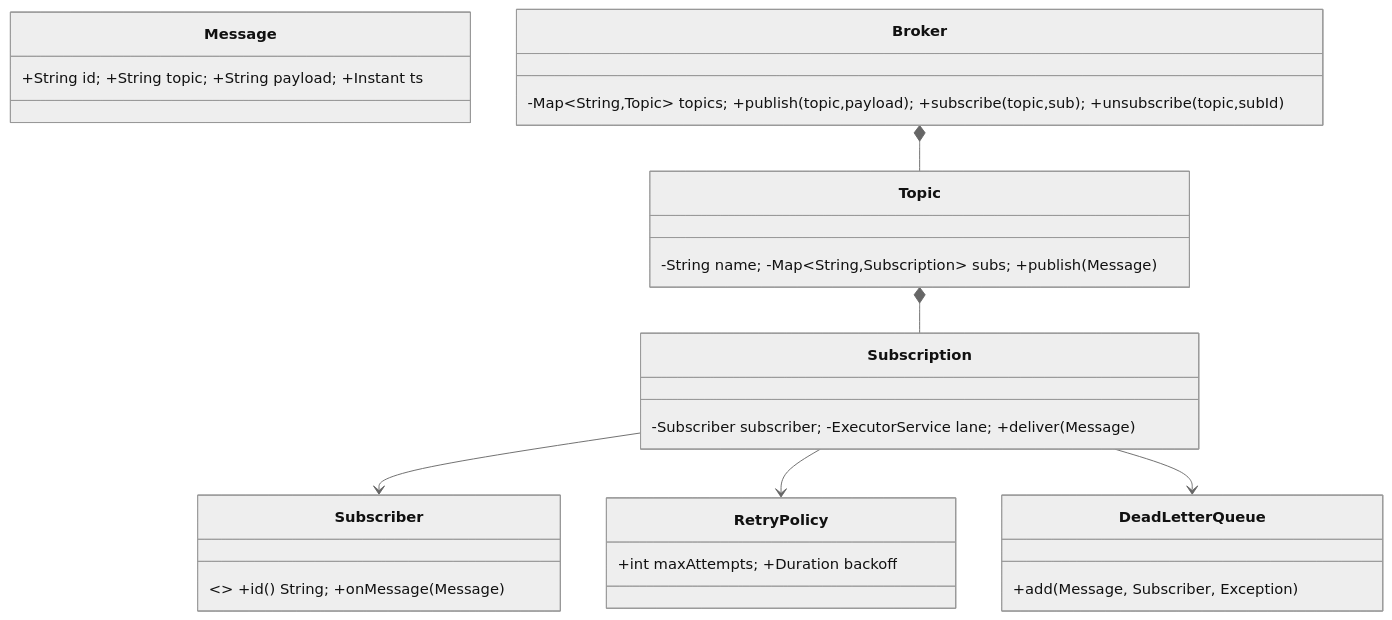
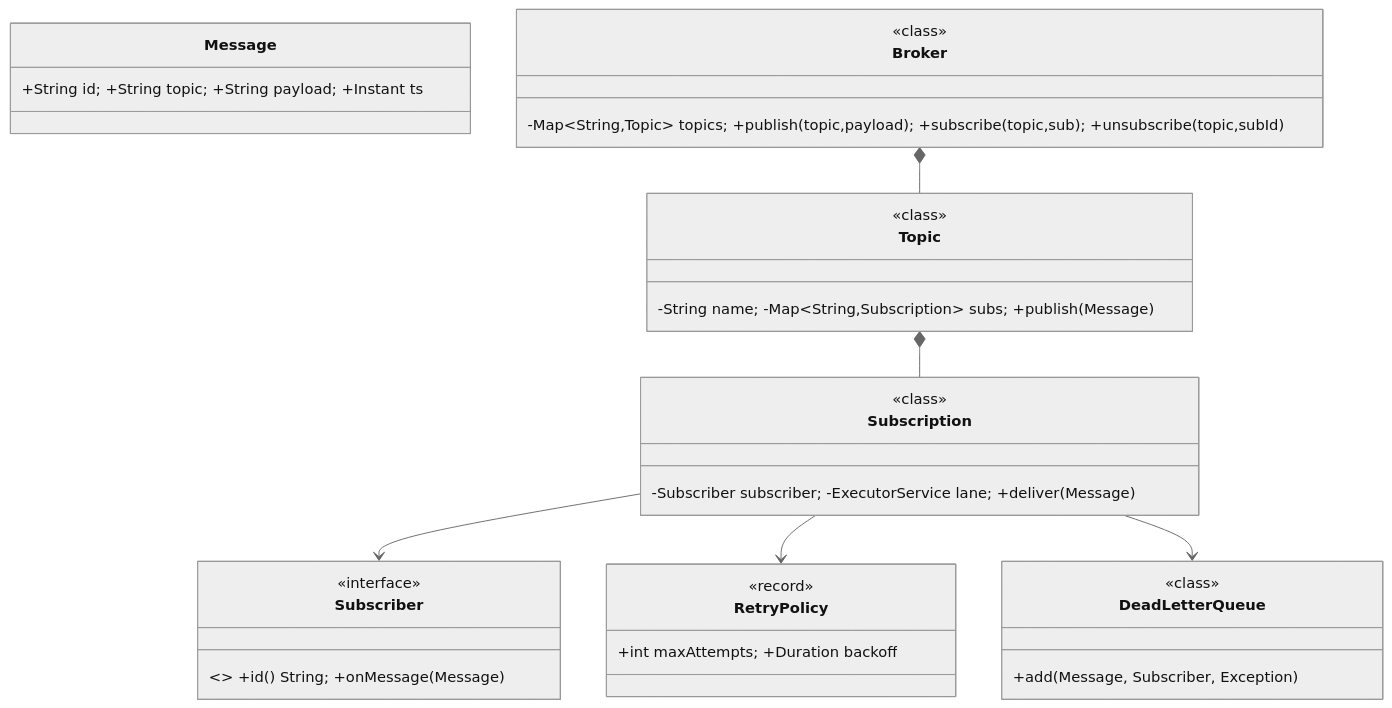
The first of 2 diagrams in system-design/lld/04-pub-sub.md (amarkum/amarkumar.guru), drawn with Mermaid (neutral theme) before and after one commit. The commit also changed 27 other files, not shown here.

Commit message:
Label every UML type as interface, enumeration, abstract, record or class, add missing enums, and colour-code them.

````diff
--- a/system-design/lld/04-pub-sub.md
+++ b/system-design/lld/04-pub-sub.md
@@ -36,15 +36,33 @@
 ```mermaid
 classDiagram
     class Message { +String id; +String topic; +String payload; +Instant ts }
     class Subscriber { <<interface>> +id() String; +onMessage(Message) }
     class Subscription { -Subscriber subscriber; -ExecutorService lane; +deliver(Message) }
     class Topic { -String name; -Map~String,Subscription~ subs; +publish(Message) }
     class Broker { -Map~String,Topic~ topics; +publish(topic,payload); +subscribe(topic,sub); +unsubscribe(topic,subId) }
     class RetryPolicy { +int maxAttempts; +Duration backoff }
     class DeadLetterQueue { +add(Message, Subscriber, Exception) }
     Broker *-- Topic
     Topic *-- Subscription
     Subscription --> Subscriber
     Subscription --> RetryPolicy
     Subscription --> DeadLetterQueue
+    class Subscription {
+      <<class>>
+    }
+    class DeadLetterQueue {
+      <<class>>
+    }
+    class RetryPolicy {
+      <<record>>
+    }
+    class Broker {
+      <<class>>
+    }
+    class Topic {
+      <<class>>
+    }
+    class Subscriber {
+      <<interface>>
+    }
 ```
````
